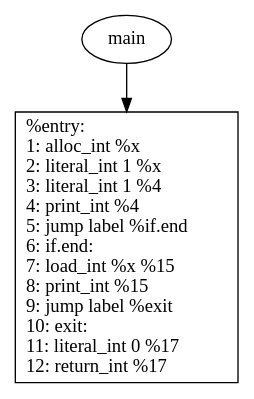
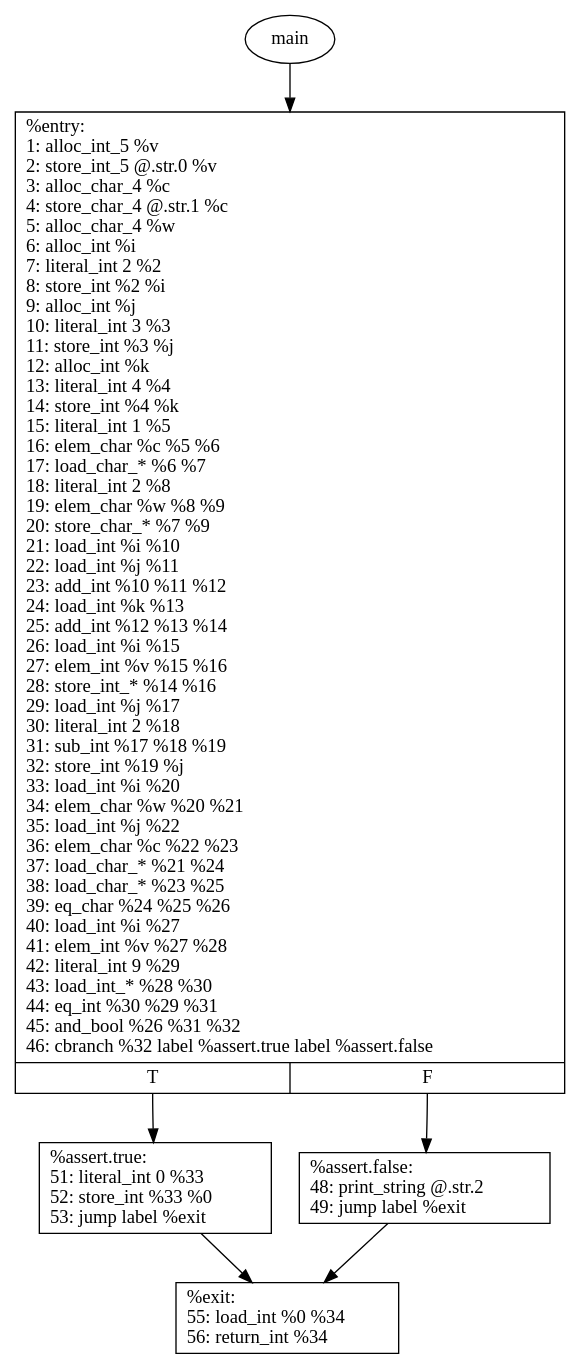
The diagram in main.gv (barddes/ply-python-compiler), drawn with Graphviz before and after one commit. The commit also changed 7 other files, not shown here.

```diff
--- a/main.gv
+++ b/main.gv
@@ -1,6 +1,13 @@
 digraph g {
 	node [shape=record]
 	main [shape=ellipse]
 	main -> "%entry"
-	"%entry" [label="{%entry:\l	1:   alloc_int %x \l	2:   literal_int 1 %x \l	3:   literal_int 1 %4 \l	4:   print_int %4 \l	5:   jump label %if.end\l	6: if.end:\l	7:   load_int %x %15 \l	8:   print_int %15 \l	9:   jump label %exit\l	10: exit:\l	11:   literal_int 0 %17 \l	12:   return_int %17\l	}"]
+	"%entry" [label="{%entry:\l	1:   alloc_int_5 %v \l	2:   store_int_5 @.str.0 %v \l	3:   alloc_char_4 %c \l	4:   store_char_4 @.str.1 %c \l	5:   alloc_char_4 %w \l	6:   alloc_int %i \l	7:   literal_int 2 %2 \l	8:   store_int %2 %i \l	9:   alloc_int %j \l	10:   literal_int 3 %3 \l	11:   store_int %3 %j \l	12:   alloc_int %k \l	13:   literal_int 4 %4 \l	14:   store_int %4 %k \l	15:   literal_int 1 %5 \l	16:   elem_char %c %5 %6 \l	17:   load_char_* %6 %7 \l	18:   literal_int 2 %8 \l	19:   elem_char %w %8 %9 \l	20:   store_char_* %7 %9 \l	21:   load_int %i %10 \l	22:   load_int %j %11 \l	23:   add_int %10 %11 %12 \l	24:   load_int %k %13 \l	25:   add_int %12 %13 %14 \l	26:   load_int %i %15 \l	27:   elem_int %v %15 %16 \l	28:   store_int_* %14 %16 \l	29:   load_int %j %17 \l	30:   literal_int 2 %18 \l	31:   sub_int %17 %18 %19 \l	32:   store_int %19 %j \l	33:   load_int %i %20 \l	34:   elem_char %w %20 %21 \l	35:   load_int %j %22 \l	36:   elem_char %c %22 %23 \l	37:   load_char_* %21 %24 \l	38:   load_char_* %23 %25 \l	39:   eq_char %24 %25 %26 \l	40:   load_int %i %27 \l	41:   elem_int %v %27 %28 \l	42:   literal_int 9 %29 \l	43:   load_int_* %28 %30 \l	44:   eq_int %30 %29 %31 \l	45:   and_bool %26 %31 %32 \l	46:   cbranch %32 label %assert.true label %assert.false\l	|{<f0>T|<f1>F}}"]
+	"%entry":f0 -> "%assert.true"
+	"%entry":f1 -> "%assert.false"
+	"%assert.false" [label="{%assert.false:\l	48:   print_string @.str.2 \l	49:   jump label %exit\l	}"]
+	"%assert.false" -> "%exit"
+	"%assert.true" [label="{%assert.true:\l	51:   literal_int 0 %33 \l	52:   store_int %33 %0 \l	53:   jump label %exit\l	}"]
+	"%assert.true" -> "%exit"
+	"%exit" [label="{%exit:\l	55:   load_int %0 %34 \l	56:   return_int %34\l	}"]
 }
```
